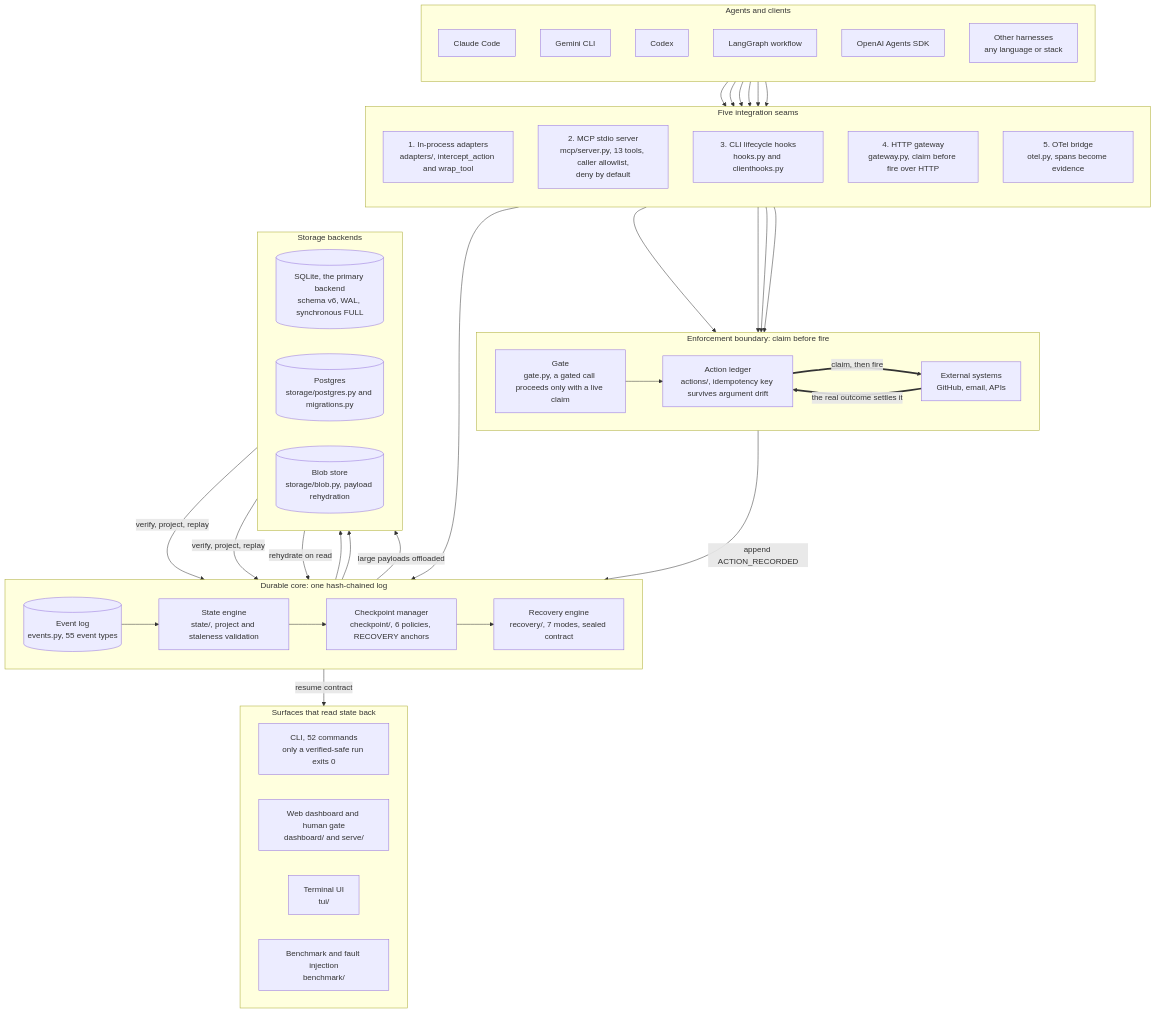
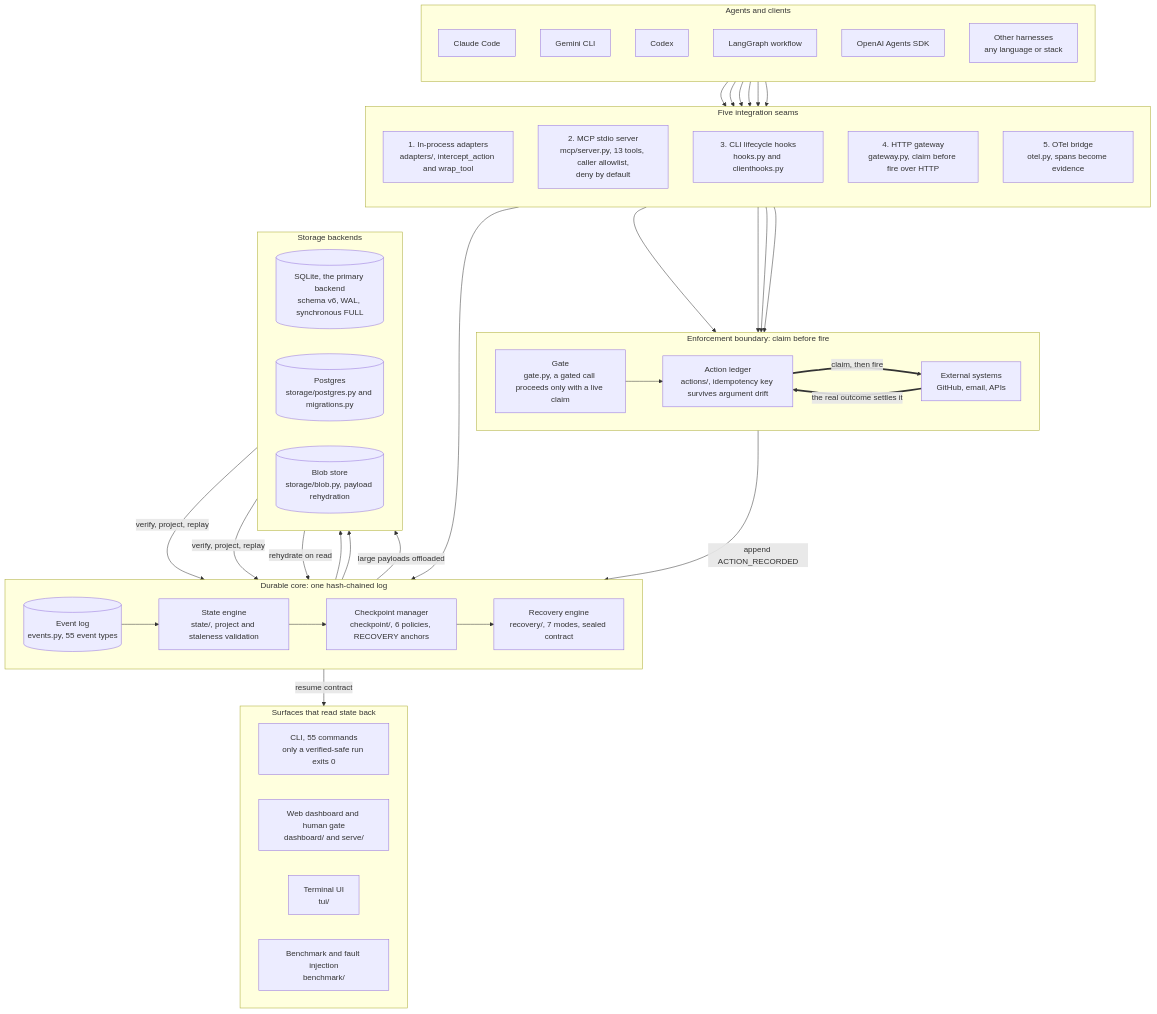
Before and after one commit to Cyrax321/CONTINUUM: the first of 2 diagrams in docs/diagrams/architecture.md, drawn with Mermaid. The commit also changed other lines of this file and 8 other files, not shown here.

Commit message:
docs(architecture): address review feedback on counts, diagrams, and font privacy (#1555)

```diff
--- a/docs/diagrams/architecture.md
+++ b/docs/diagrams/architecture.md
@@ -65,7 +66,7 @@
     %% ---------- surfaces ----------
     subgraph surfaces["Surfaces that read state back"]
         direction LR
-        cli["CLI, 52 commands<br/>only a verified-safe run exits 0"]
+        cli["CLI, 55 commands<br/>only a verified-safe run exits 0"]
         dash["Web dashboard and human gate<br/>dashboard/ and serve/"]
         tui["Terminal UI<br/>tui/"]
         bench["Benchmark and fault injection<br/>benchmark/"]
```
